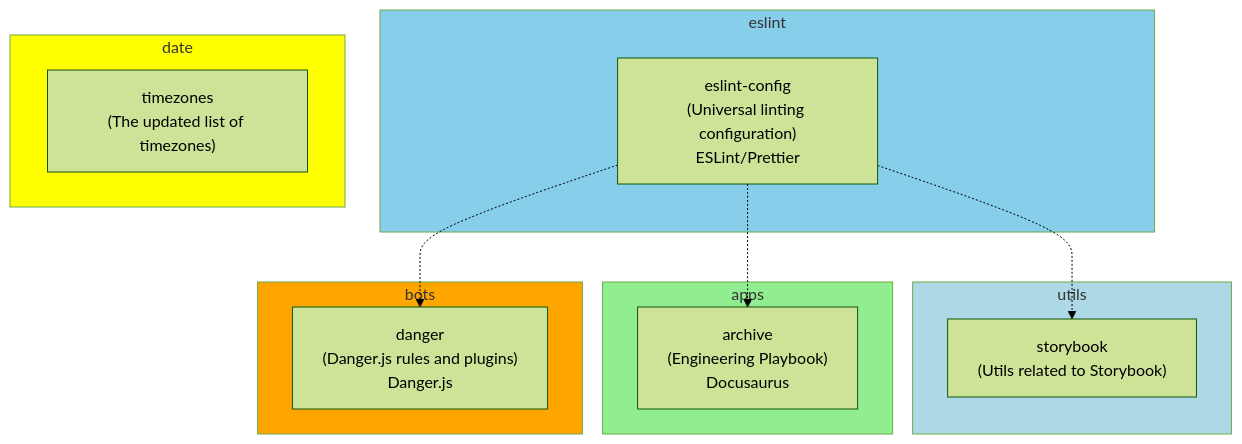
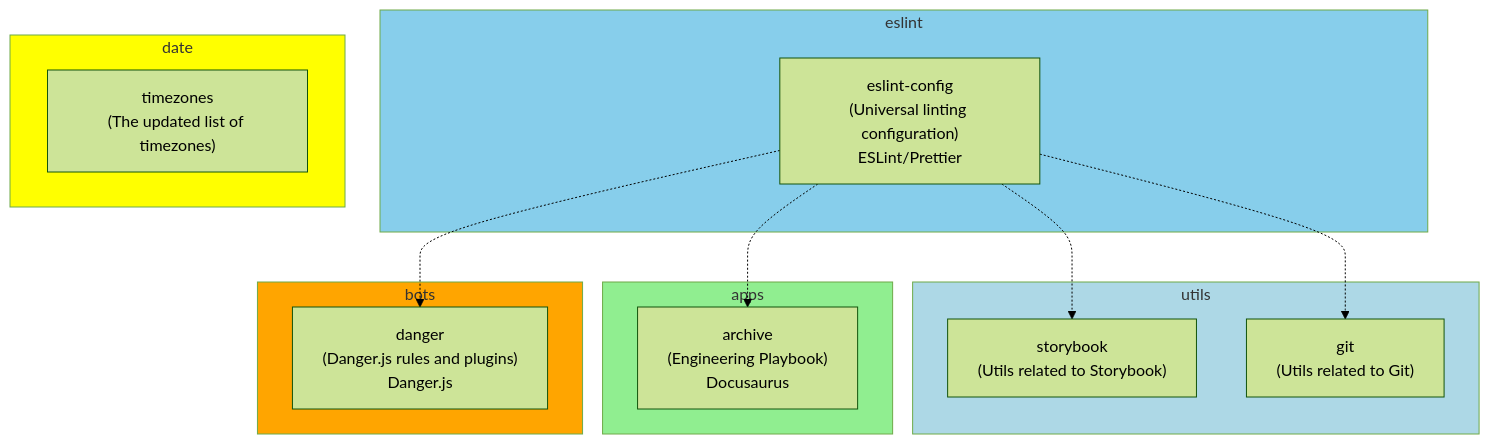
One commit to runespoor-engineering/runespoorstack changed the diagram in README.md. Above: the diagram before and after it, drawn with Mermaid (forest theme).

Commit message:
docs(readme): add `git-utils`

````diff
--- a/README.md
+++ b/README.md
@@ -19,32 +19,34 @@
 ```mermaid
 flowchart TB
     subgraph eslint
         eslint-config["eslint-config\n(Universal linting configuration)\nESLint/Prettier"]
     end
 
     subgraph date
         timezones["timezones\n(The updated list of timezones)"]
     end
 
     subgraph utils
-        storybook["storybook\n(Utils related to Storybook)"]
+        storybook-utils["storybook\n(Utils related to Storybook)"]
+        git-utils["git\n(Utils related to Git)"]
     end
 
     subgraph apps
         archive["archive\n(Engineering Playbook)\nDocusaurus"]
     end
 
     subgraph bots
         danger["danger\n(Danger.js rules and plugins)\nDanger.js"]
     end
 
     eslint-config .-> archive
     eslint-config .-> danger
-    eslint-config .-> storybook
+    eslint-config .-> storybook-utils
+    eslint-config .-> git-utils
 
     style eslint fill:skyblue
     style date fill:yellow
     style utils fill:lightblue
     style apps fill:lightgreen
     style bots fill:orange
 ```
````
